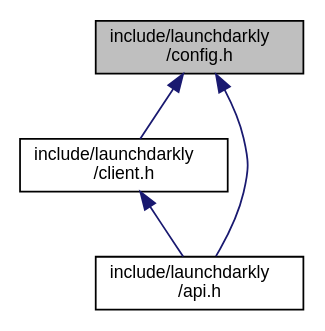
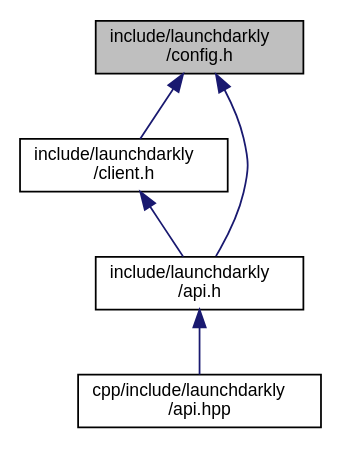
The diagram in config_8h__dep__incl.dot (launchdarkly/c-client-sdk), drawn with Graphviz before and after one commit. The commit also changed 97 other files, not shown here.

```diff
--- a/config_8h__dep__incl.dot
+++ b/config_8h__dep__incl.dot
@@ -1,11 +1,13 @@
 digraph "include/launchdarkly/config.h"
 {
   edge [fontname="Helvetica",fontsize="10",labelfontname="Helvetica",labelfontsize="10"];
   node [fontname="Helvetica",fontsize="10",shape=record];
   Node4 [label="include/launchdarkly\l/config.h",height=0.2,width=0.4,color="black", fillcolor="grey75", style="filled", fontcolor="black"];
   Node4 -> Node5 [dir="back",color="midnightblue",fontsize="10",style="solid",fontname="Helvetica"];
   Node5 [label="include/launchdarkly\l/client.h",height=0.2,width=0.4,color="black", fillcolor="white", style="filled",URL="$client_8h.html",tooltip="Public Client control and variations. "];
   Node5 -> Node6 [dir="back",color="midnightblue",fontsize="10",style="solid",fontname="Helvetica"];
   Node6 [label="include/launchdarkly\l/api.h",height=0.2,width=0.4,color="black", fillcolor="white", style="filled",URL="$api_8h.html",tooltip="Public API. Include this for every public operation. "];
+  Node6 -> Node7 [dir="back",color="midnightblue",fontsize="10",style="solid",fontname="Helvetica"];
+  Node7 [label="cpp/include/launchdarkly\l/api.hpp",height=0.2,width=0.4,color="black", fillcolor="white", style="filled",URL="$api_8hpp.html",tooltip="Public C++ bindings for the LaunchDarkly Client Side C/C++ SDK. "];
   Node4 -> Node6 [dir="back",color="midnightblue",fontsize="10",style="solid",fontname="Helvetica"];
 }
```
